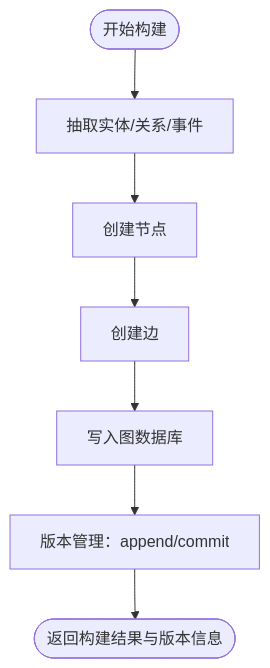
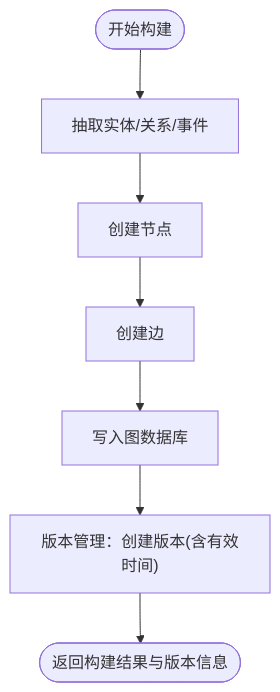
One commit to inier/ontology-graphiti changed the fourth of 11 diagrams in .qoder/repowiki/zh/content/架构设计/分层架构设计/L3-L4 业务层/本体管理引擎.md. Above: the diagram before and after it, drawn with Mermaid. The commit also changed other lines of this file and 76 other files, not shown here.

````diff
--- a/.qoder/repowiki/zh/content/架构设计/分层架构设计/L3-L4 业务层/本体管理引擎.md
+++ b/.qoder/repowiki/zh/content/架构设计/分层架构设计/L3-L4 业务层/本体管理引擎.md
@@ -167,9 +206,9 @@
 ```mermaid
 flowchart TD
 S(["开始构建"]) --> Ext["抽取实体/关系/事件"]
 Ext --> Nodes["创建节点"]
 Nodes --> Edges["创建边"]
 Edges --> Write["写入图数据库"]
-Write --> Ver["版本管理：append/commit"]
+Write --> Ver["版本管理：创建版本(含有效时间)"]
 Ver --> R(["返回构建结果与版本信息"])
 ```
````
